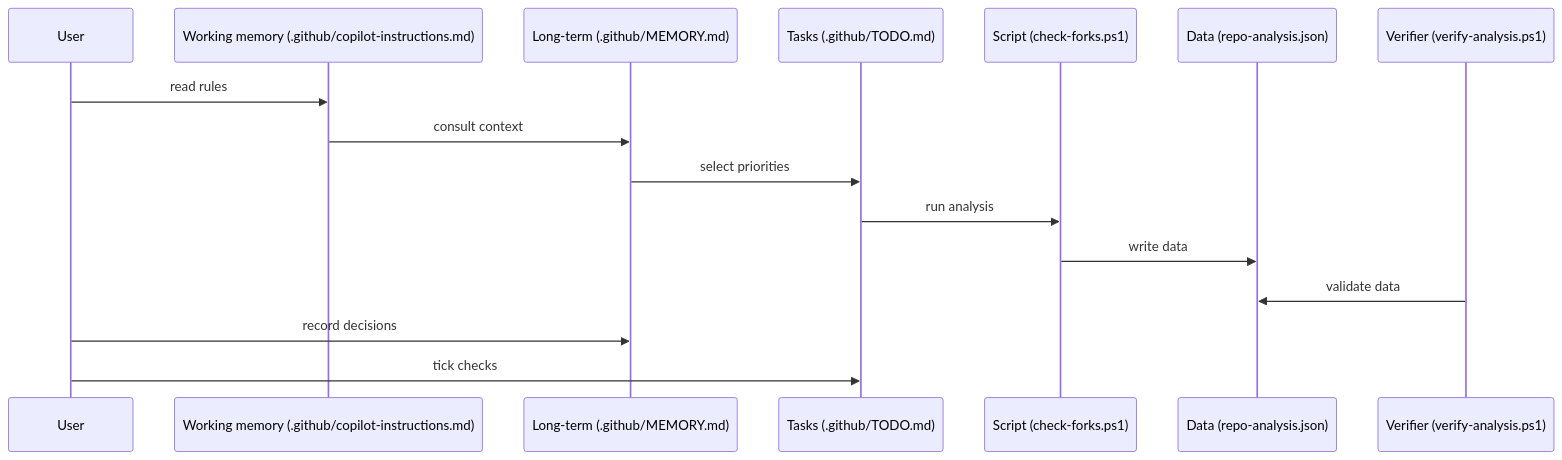
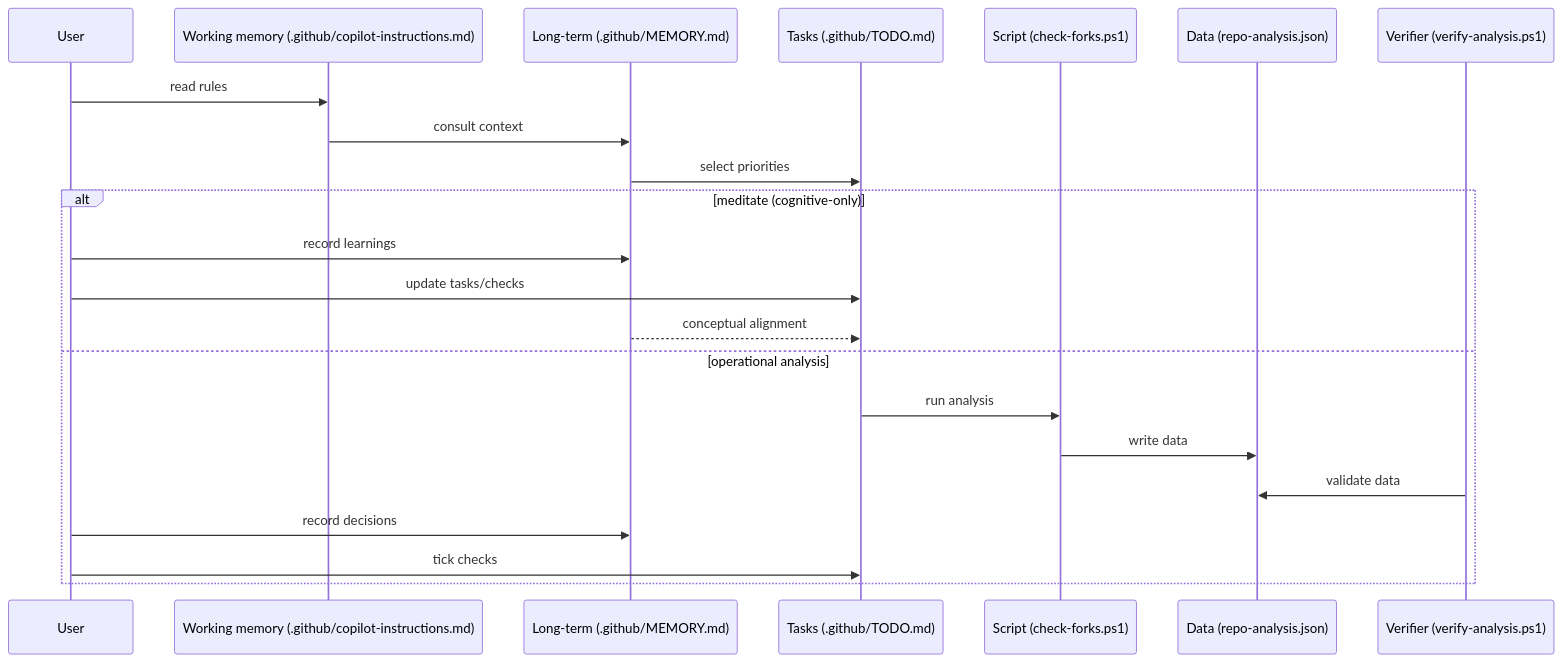
One commit to fabioc-aloha/fabioc-aloha changed the third of 3 diagrams in COGNITIVE.md. Above: the diagram before and after it, drawn with Mermaid. The commit also changed other lines of this file, not shown here.

Commit message:
docs(cognitive): update diagrams to match implemented two-mode design; fix Mermaid parsing

````diff
--- a/COGNITIVE.md
+++ b/COGNITIVE.md
@@ -82,19 +120,26 @@
 ```mermaid
 sequenceDiagram
   participant U as User
   participant WM as Working memory (.github/copilot-instructions.md)
   participant LT as Long-term (.github/MEMORY.md)
   participant TD as Tasks (.github/TODO.md)
   participant SC as Script (check-forks.ps1)
   participant JS as Data (repo-analysis.json)
   participant VF as Verifier (verify-analysis.ps1)
 
   U->>WM: read rules
   WM->>LT: consult context
   LT->>TD: select priorities
-  TD->>SC: run analysis
-  SC->>JS: write data
-  VF->>JS: validate data
-  U->>LT: record decisions
-  U->>TD: tick checks
+
+  alt meditate (cognitive-only)
+    U->>LT: record learnings
+    U->>TD: update tasks/checks
+    LT-->>TD: conceptual alignment
+  else operational analysis
+    TD->>SC: run analysis
+    SC->>JS: write data
+    VF->>JS: validate data
+    U->>LT: record decisions
+    U->>TD: tick checks
+  end
 ```
````
